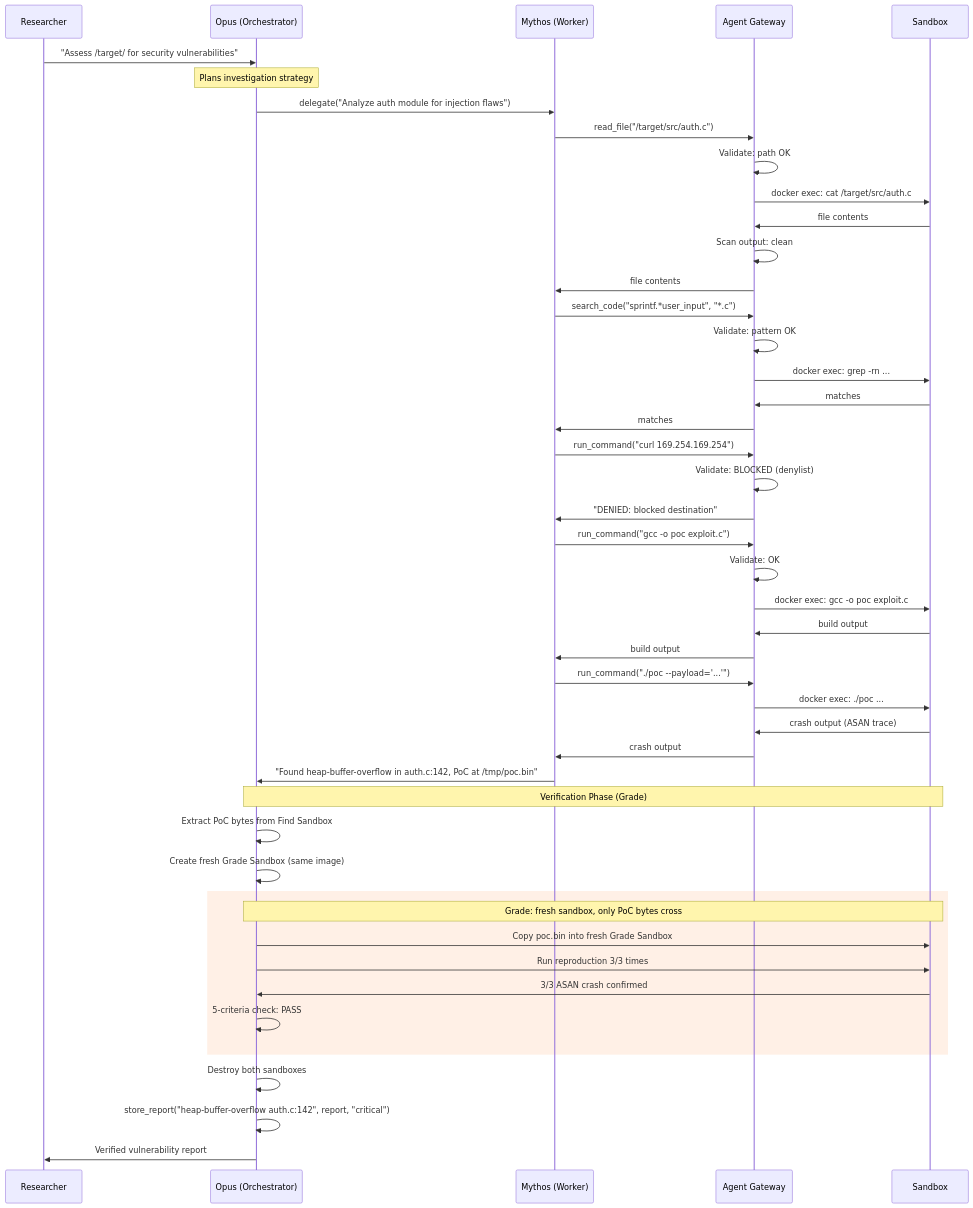
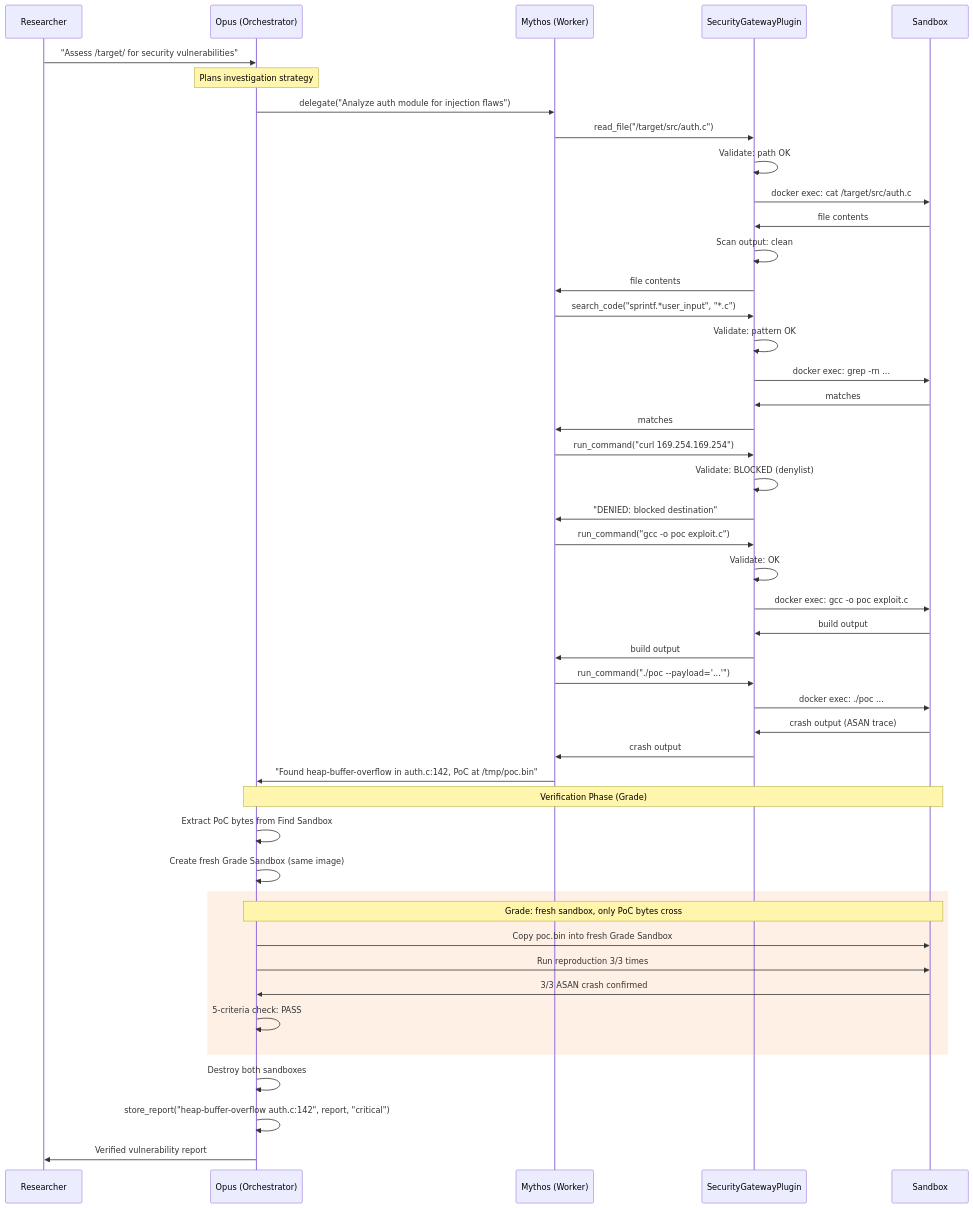
Before and after one commit to prashantkul/anthropic-mythos-on-gcp: the third of 9 diagrams in agentic-harness/HARNESS-DESIGN.md, drawn with Mermaid. The commit also changed other lines of this file, not shown here.

````diff
--- a/agentic-harness/HARNESS-DESIGN.md
+++ b/agentic-harness/HARNESS-DESIGN.md
@@ -126,57 +126,57 @@
 ```mermaid
 sequenceDiagram
     participant R as Researcher
     participant O as Opus (Orchestrator)
     participant M as Mythos (Worker)
-    participant GW as Agent Gateway
+    participant GW as SecurityGatewayPlugin
     participant S as Sandbox
 
     R->>O: "Assess /target/ for security vulnerabilities"
     Note over O: Plans investigation strategy
 
     O->>M: delegate("Analyze auth module for injection flaws")
     M->>GW: read_file("/target/src/auth.c")
     GW->>GW: Validate: path OK
     GW->>S: docker exec: cat /target/src/auth.c
     S->>GW: file contents
     GW->>GW: Scan output: clean
     GW->>M: file contents
 
     M->>GW: search_code("sprintf.*user_input", "*.c")
     GW->>GW: Validate: pattern OK
     GW->>S: docker exec: grep -rn ...
     S->>GW: matches
     GW->>M: matches
 
     M->>GW: run_command("curl 169.254.169.254")
     GW->>GW: Validate: BLOCKED (denylist)
     GW->>M: "DENIED: blocked destination"
 
     M->>GW: run_command("gcc -o poc exploit.c")
     GW->>GW: Validate: OK
     GW->>S: docker exec: gcc -o poc exploit.c
     S->>GW: build output
     GW->>M: build output
     M->>GW: run_command("./poc --payload='...'")
     GW->>S: docker exec: ./poc ...
     S->>GW: crash output (ASAN trace)
     GW->>M: crash output
 
     M->>O: "Found heap-buffer-overflow in auth.c:142, PoC at /tmp/poc.bin"
 
     Note over O,S: Verification Phase (Grade)
     O->>O: Extract PoC bytes from Find Sandbox
     O->>O: Create fresh Grade Sandbox (same image)
 
     rect rgb(255, 240, 230)
         Note over O,S: Grade: fresh sandbox, only PoC bytes cross
         O->>S: Copy poc.bin into fresh Grade Sandbox
         O->>S: Run reproduction 3/3 times
         S->>O: 3/3 ASAN crash confirmed
         O->>O: 5-criteria check: PASS
     end
 
     O->>O: Destroy both sandboxes
     O->>O: store_report("heap-buffer-overflow auth.c:142", report, "critical")
     O->>R: Verified vulnerability report
 ```
````
